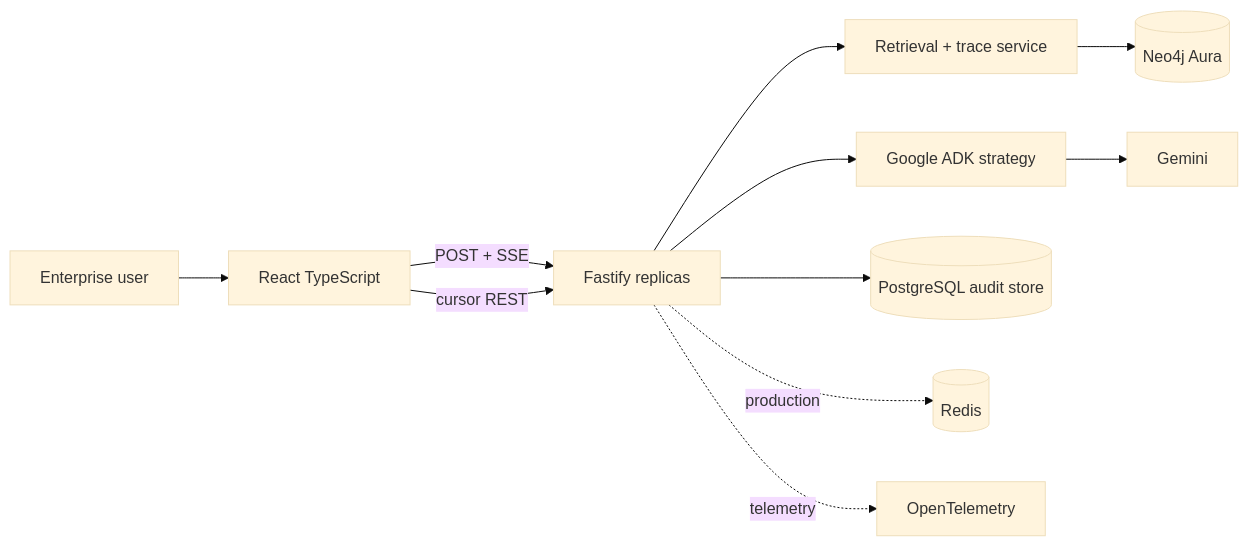
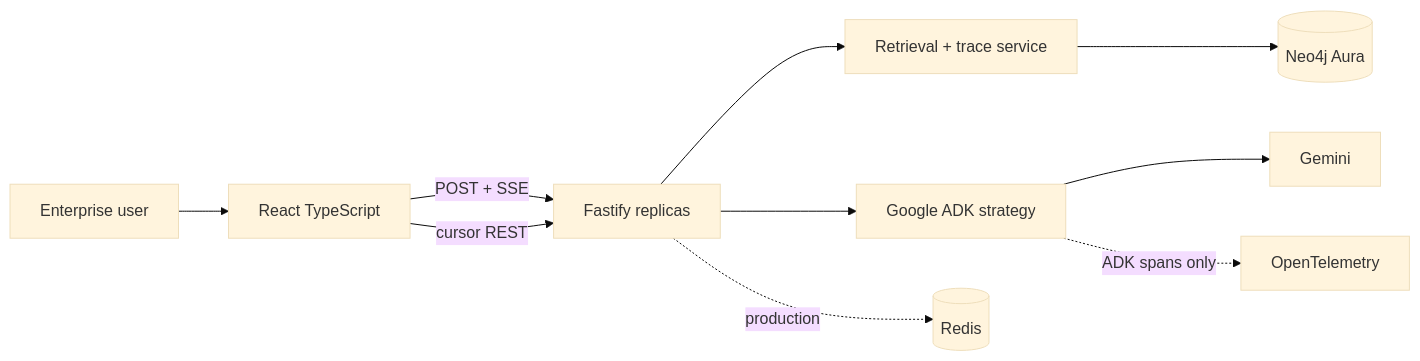
The diagram in docs/HLD.md (biswajitNanda223/may-the-knowledge-be-with-you), drawn with Mermaid (base theme) before and after one commit. The commit also changed other lines of this file and 29 other files, not shown here.

First line of the commit message:
feat(telemetry): trace Google ADK runs only

````diff
--- a/docs/HLD.md
+++ b/docs/HLD.md
@@ -7,13 +7,12 @@
 ```mermaid
 flowchart LR
   U[Enterprise user] --> W[React TypeScript]
   W -->|POST + SSE| F[Fastify replicas]
   W -->|cursor REST| F
   F --> R[Retrieval + trace service]
   F --> A[Google ADK strategy]
   R --> N[(Neo4j Aura)]
   A --> G[Gemini]
-  F --> P[(PostgreSQL audit store)]
   F -. production .-> C[(Redis)]
-  F -. telemetry .-> O[OpenTelemetry]
+  A -. ADK spans only .-> O[OpenTelemetry]
 ```
````
